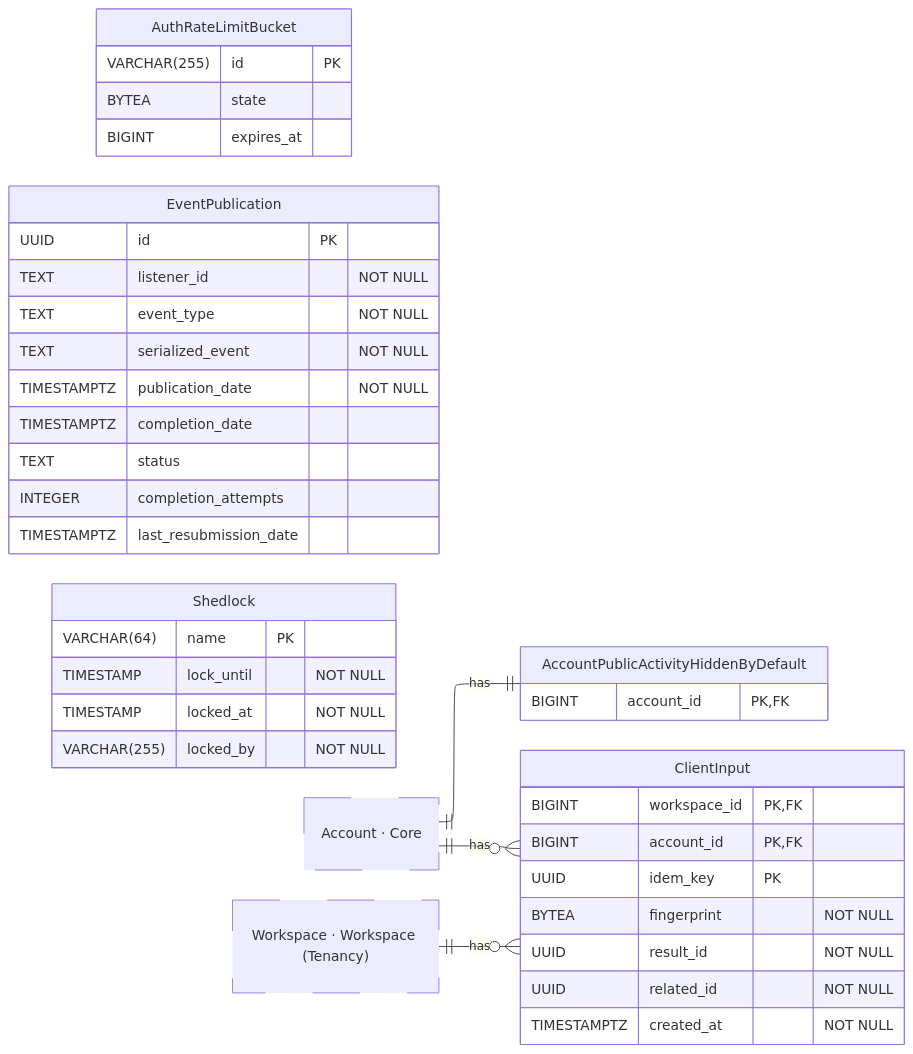
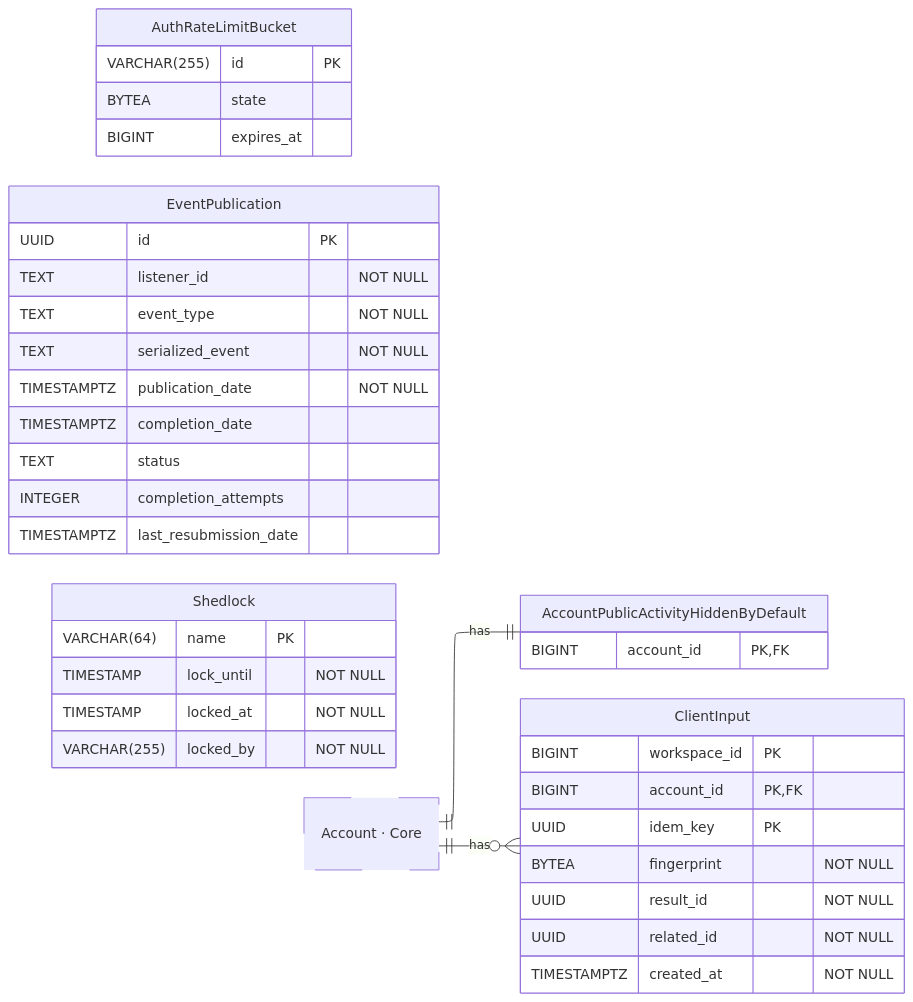
One commit to hephaestus-build/Hephaestus changed the diagram in docs/contributor/erd/without-entity.mmd. Above: the diagram before and after it, drawn with Mermaid. The commit also changed 2 other files, not shown here.

Commit message:
fix(db): the client input table keeps the workspace as a plain id
Core sits below the workspace module, so a core table must not reference the workspace
table. The owner policy already refuses a purged workspace, and client inputs expire.

```diff
--- a/docs/contributor/erd/without-entity.mmd
+++ b/docs/contributor/erd/without-entity.mmd
@@ -1,69 +1,66 @@
 ---
 config:
     layout: elk
 ---
 erDiagram
     %% Generated automatically from PostgreSQL database schema
     %% using scripts/generate-mermaid-erd.ts
     %% To regenerate: vp run db:generate-erd-docs
 
     direction LR
 
     AccountPublicActivityHiddenByDefault {
         BIGINT account_id PK,FK
     }
 
     AuthRateLimitBucket {
         VARCHAR(255) id PK
         BYTEA state
         BIGINT expires_at
     }
 
     ClientInput {
-        BIGINT workspace_id PK,FK
+        BIGINT workspace_id PK
         BIGINT account_id PK,FK
         UUID idem_key PK
         BYTEA fingerprint "NOT NULL"
         UUID result_id "NOT NULL"
         UUID related_id "NOT NULL"
         TIMESTAMPTZ created_at "NOT NULL"
     }
 
     EventPublication {
         UUID id PK
         TEXT listener_id "NOT NULL"
         TEXT event_type "NOT NULL"
         TEXT serialized_event "NOT NULL"
         TIMESTAMPTZ publication_date "NOT NULL"
         TIMESTAMPTZ completion_date
         TEXT status
         INTEGER completion_attempts
         TIMESTAMPTZ last_resubmission_date
     }
 
     Shedlock {
         VARCHAR(64) name PK
         TIMESTAMP lock_until "NOT NULL"
         TIMESTAMP locked_at "NOT NULL"
         VARCHAR(255) locked_by "NOT NULL"
     }
 
     Account["Account · Core"]
-    Workspace["Workspace · Workspace (Tenancy)"]
 
     %% Relationships
     %% One-to-One relationships
     Account ||--|| AccountPublicActivityHiddenByDefault : has
 
     %% One-to-Many relationships
     Account ||--o{ ClientInput : has
-    Workspace ||--o{ ClientInput : has
 
     %% Styling
     classDef primaryEntity stroke-width:2px
     classDef associationEntity stroke-width:1px
     classDef metadataEntity stroke-width:1px
     classDef referenceEntity stroke-dasharray:5 5
 
     class Account referenceEntity
-    class Workspace referenceEntity
```
